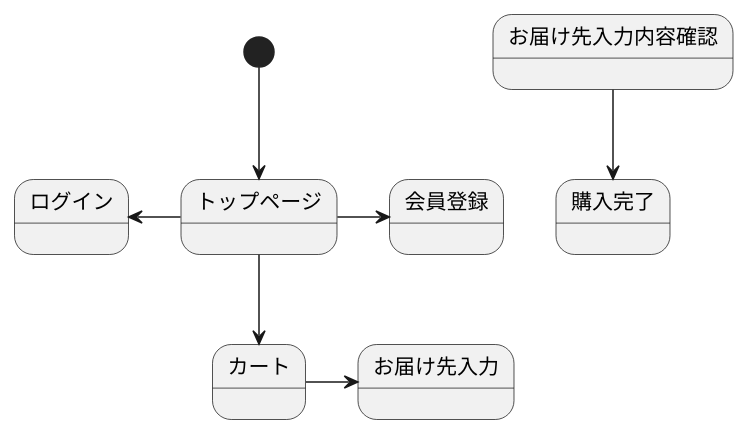
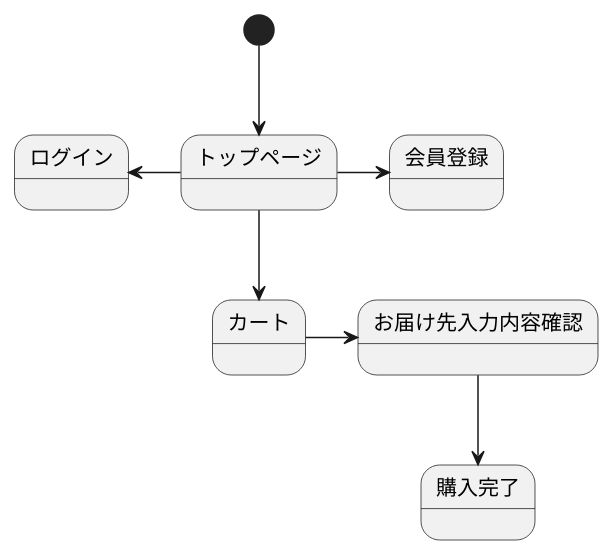
One commit to Aso2001011/2021sys-design changed the diagram in sample.md. Above: the diagram before and after it, drawn with PlantUML.

````diff
--- a/sample.md
+++ b/sample.md
@@ -1,10 +1,10 @@
 ```uml
 @startuml
 [*] --> トップページ
 トップページ -> 会員登録
 トップページ-left-> ログイン
 トップページ --> カート
-カート -> お届け先入力
+カート -> お届け先入力内容確認
 お届け先入力内容確認 --> 購入完了
 @enduml
 ```
````
